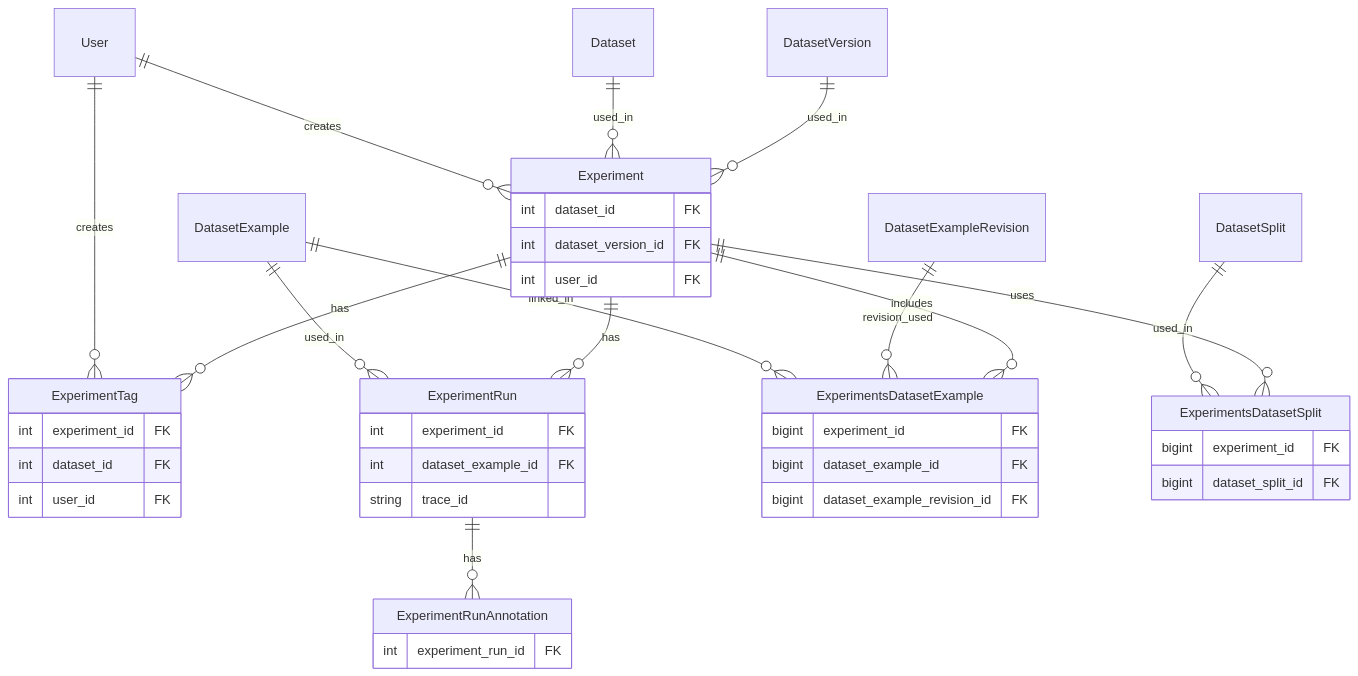
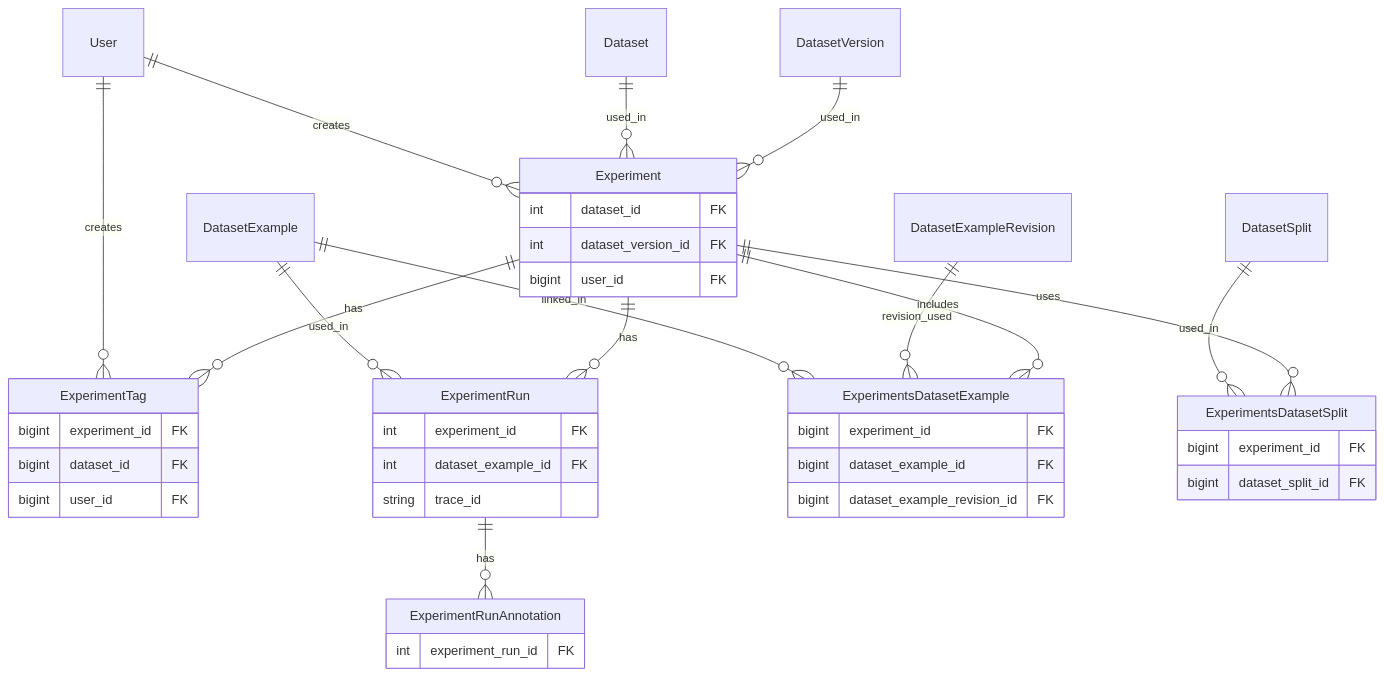
The fourth of 9 diagrams in src/phoenix/db/README.md (Arize-ai/phoenix), drawn with Mermaid before and after one commit. The commit also changed other lines of this file, not shown here.

Commit message:
update ERD

````diff
--- a/src/phoenix/db/README.md
+++ b/src/phoenix/db/README.md
@@ -632,66 +643,66 @@
 ```mermaid
 erDiagram
     User ||--o{ Experiment : creates
     User ||--o{ ExperimentTag : creates
     User {
     }
 
     Dataset ||--o{ Experiment : used_in
     Dataset {
     }
 
     DatasetVersion ||--o{ Experiment : used_in
     DatasetVersion {
     }
 
     DatasetExample ||--o{ ExperimentRun : used_in
     DatasetExample ||--o{ ExperimentsDatasetExample : linked_in
     DatasetExample {
     }
 
     DatasetExampleRevision ||--o{ ExperimentsDatasetExample : revision_used
     DatasetExampleRevision {
     }
 
     DatasetSplit ||--o{ ExperimentsDatasetSplit : used_in
     DatasetSplit {
     }
 
     Experiment ||--o{ ExperimentRun : has
     Experiment ||--o{ ExperimentTag : has
     Experiment ||--o{ ExperimentsDatasetExample : includes
     Experiment ||--o{ ExperimentsDatasetSplit : uses
     Experiment {
         int dataset_id FK
         int dataset_version_id FK
-        int user_id FK
+        bigint user_id FK
     }
 
     ExperimentRun ||--o{ ExperimentRunAnnotation : has
     ExperimentRun {
         int experiment_id FK
         int dataset_example_id FK
         string trace_id
     }
 
     ExperimentRunAnnotation {
         int experiment_run_id FK
     }
 
     ExperimentTag {
-        int experiment_id FK
-        int dataset_id FK
-        int user_id FK
+        bigint experiment_id FK
+        bigint dataset_id FK
+        bigint user_id FK
     }
 
     ExperimentsDatasetExample {
         bigint experiment_id FK
         bigint dataset_example_id FK
         bigint dataset_example_revision_id FK
     }
 
     ExperimentsDatasetSplit {
         bigint experiment_id FK
         bigint dataset_split_id FK
     }
 ```
````
